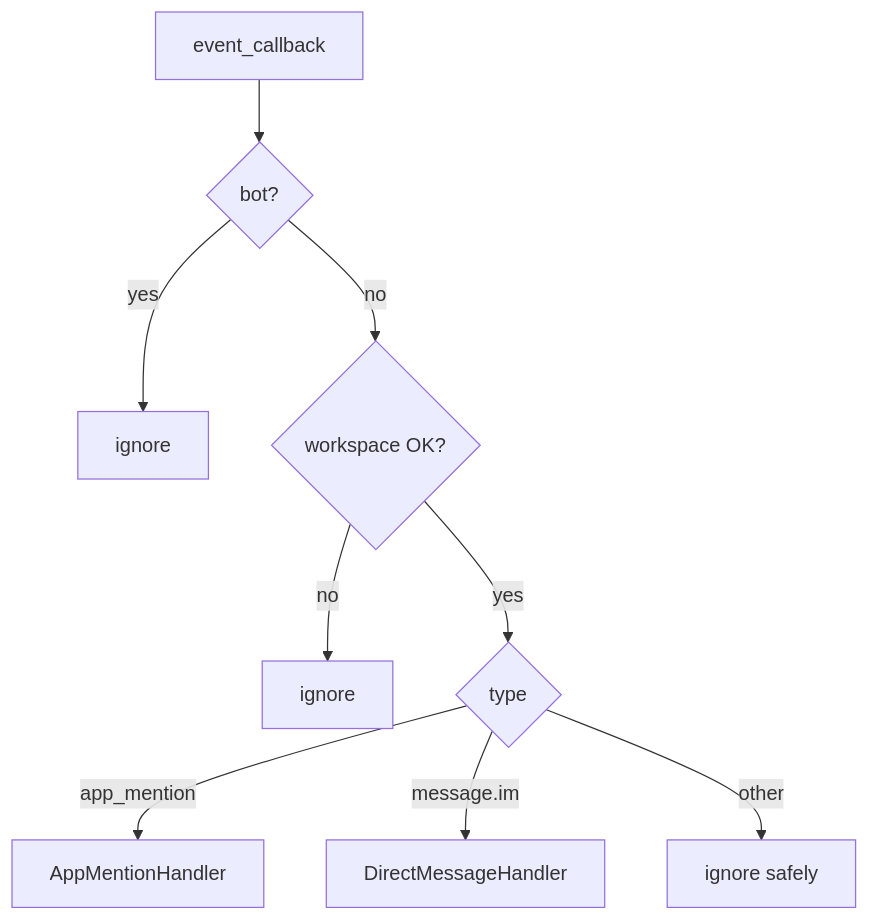
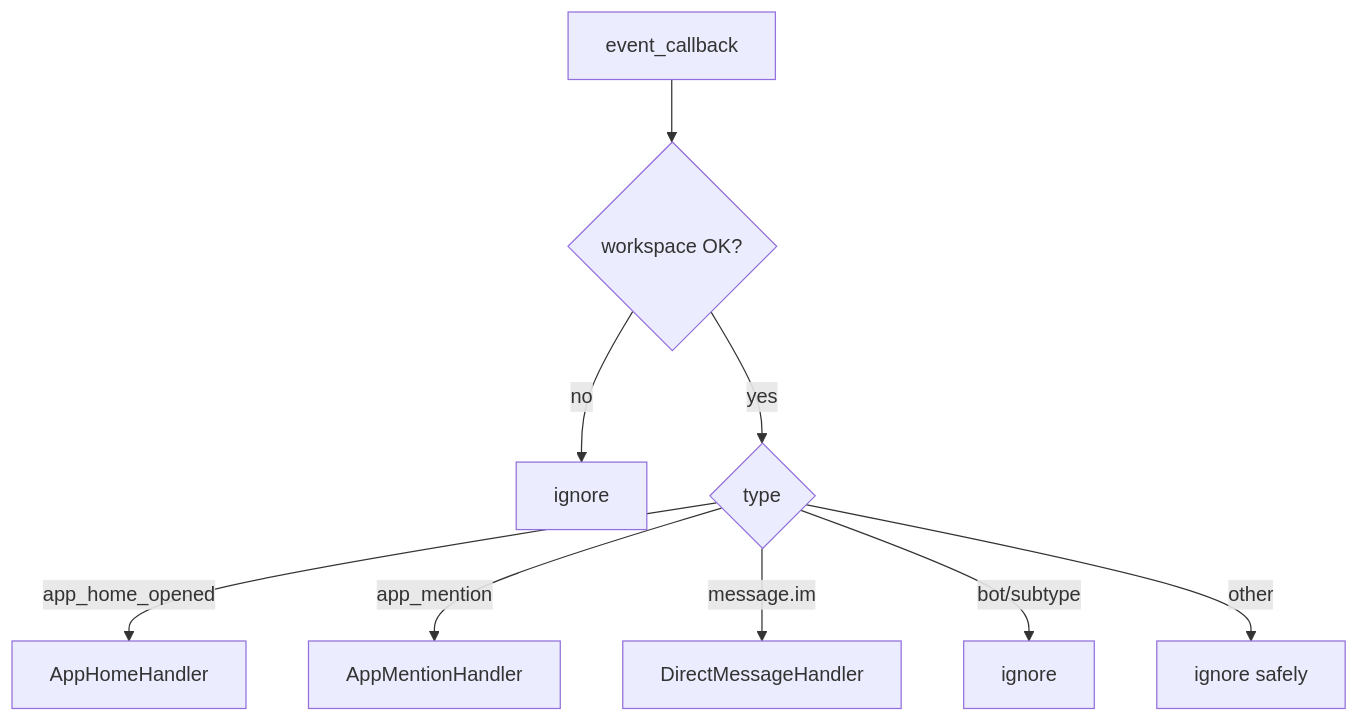
The diagram in doc/features/slack/features/Slack Event Dispatcher.md (shopstack-asia/shopstack-timesheet), drawn with Mermaid before and after one commit. The commit also changed other lines of this file and 24 other files, not shown here.

Commit message:
Support Slack App Home

````diff
--- a/doc/features/slack/features/Slack Event Dispatcher.md
+++ b/doc/features/slack/features/Slack Event Dispatcher.md
@@ -19,11 +20,11 @@
 ```mermaid
 flowchart TD
-  E[event_callback] --> Bot{bot?}
-  Bot -->|yes| I1[ignore]
-  Bot -->|no| WS{workspace OK?}
+  E[event_callback] --> WS{workspace OK?}
   WS -->|no| I2[ignore]
   WS -->|yes| T{type}
+  T -->|app_home_opened| AH[AppHomeHandler]
   T -->|app_mention| AM[AppMentionHandler]
   T -->|message.im| DM[DirectMessageHandler]
+  T -->|bot/subtype| I1[ignore]
   T -->|other| I3[ignore safely]
 ```
````
